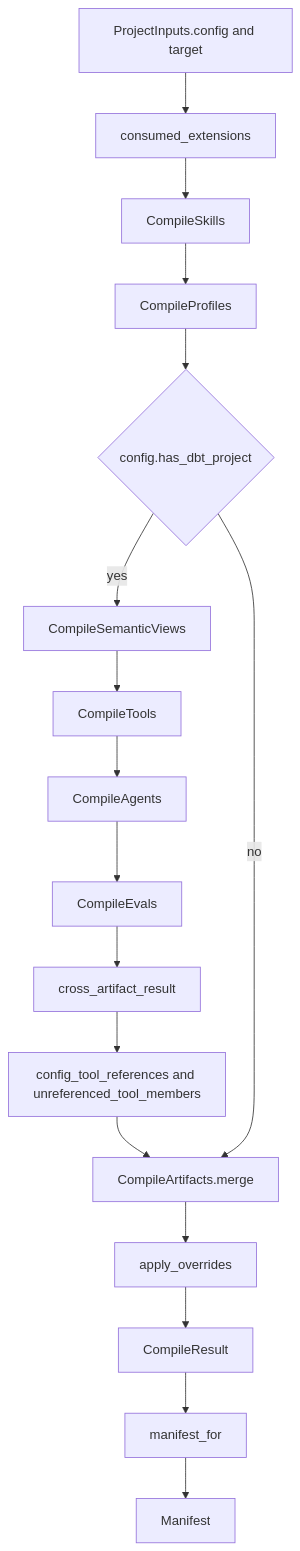
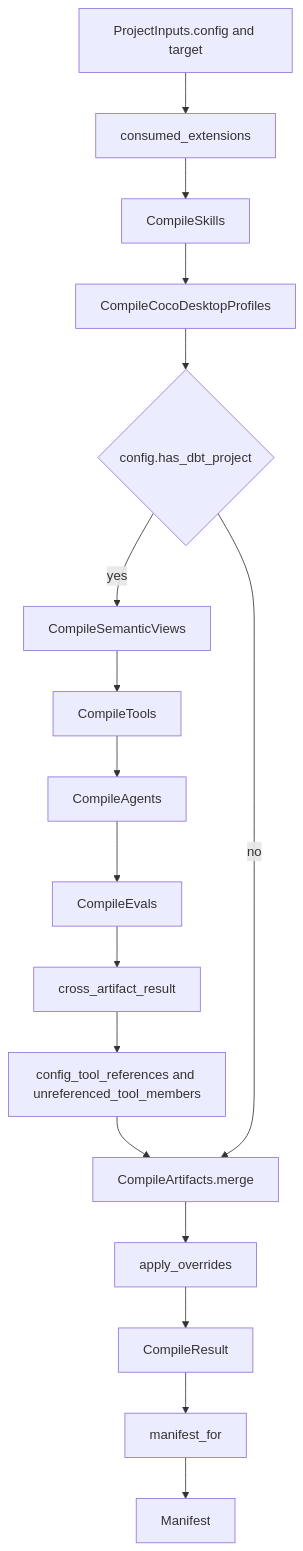
Before and after one commit to WhoopInc/snowflake-semantic-tools: the third of 8 diagrams in docs/design/architecture.md, drawn with Mermaid. The commit also changed other lines of this file and 155 other files, not shown here.

First line of the commit message:
refactor!: rename the CoCo Desktop profile kind to coco_desktop_profile

````diff
--- a/docs/design/architecture.md
+++ b/docs/design/architecture.md
@@ -229,19 +229,19 @@
 ```mermaid
 flowchart TD
     A["ProjectInputs.config and target"] --> B["consumed_extensions"]
     B --> C["CompileSkills"]
-    C --> D["CompileProfiles"]
+    C --> D["CompileCocoDesktopProfiles"]
     D --> E{"config.has_dbt_project"}
     E -->|yes| F["CompileSemanticViews"]
     F --> G["CompileTools"]
     G --> H["CompileAgents"]
     H --> I["CompileEvals"]
     I --> J["cross_artifact_result"]
     J --> T["config_tool_references and unreferenced_tool_members"]
     T --> K["CompileArtifacts.merge"]
     E -->|no| K
     K --> L["apply_overrides"]
     L --> M["CompileResult"]
     M --> N["manifest_for"]
     N --> O["Manifest"]
 ```
````
